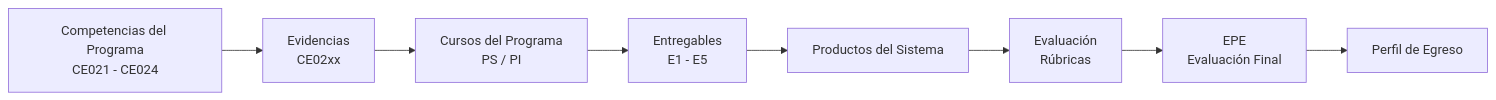
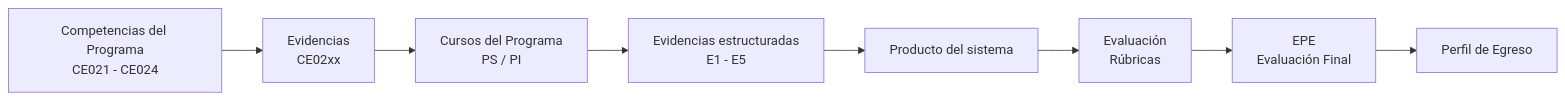
Before and after one commit to upeuoficial/carrera-sistemas-docs-operativos: the diagram in docs/lineas/software/index.md, drawn with Mermaid. The commit also changed other lines of this file and 2 other files, not shown here.

````diff
--- a/docs/lineas/software/index.md
+++ b/docs/lineas/software/index.md
@@ -25,18 +28,17 @@
 ```mermaid
 flowchart LR
 
 A[Competencias del Programa<br>CE021 - CE024] --> B[Evidencias<br>CE02xx]
 
 B --> C[Cursos del Programa<br>PS / PI]
 
-C --> D[Entregables<br>E1 - E5]
+C --> D[Evidencias estructuradas<br>E1 - E5]
 
-D --> E[Productos del Sistema]
+D --> E[Producto del sistema]
 
 E --> F[Evaluación<br>Rúbricas]
 
 F --> G[EPE<br>Evaluación Final]
 
 G --> H[Perfil de Egreso]
-
 ```
````
